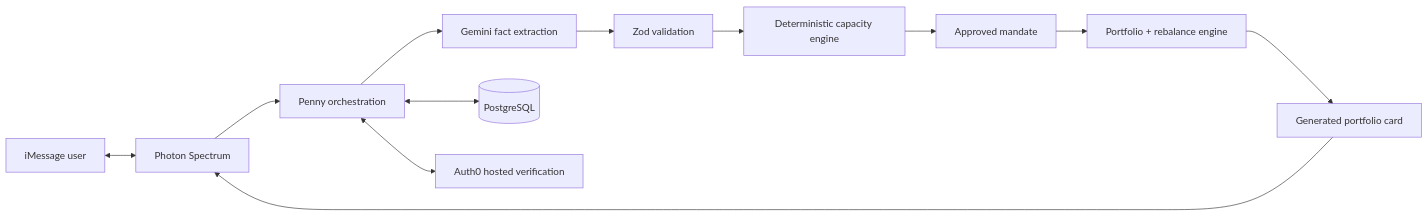
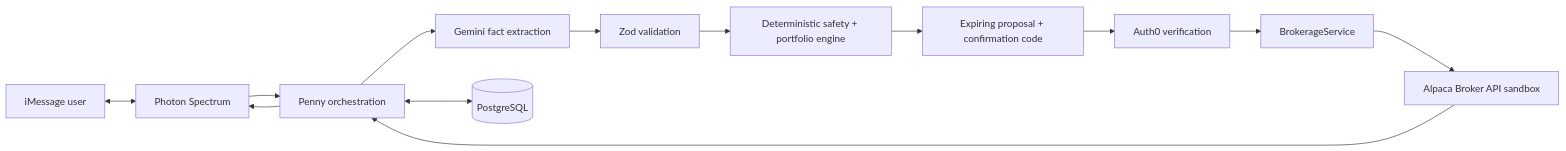
The diagram in README.md (TypicalTeague/Penny-HackLanta), drawn with Mermaid before and after one commit. The commit also changed other lines of this file and 29 other files, not shown here.

Commit message:
Add Alpaca sandbox brokerage integration

````diff
--- a/README.md
+++ b/README.md
@@ -24,14 +9,15 @@
 ```mermaid
 flowchart LR
   U[iMessage user] <--> P[Photon Spectrum]
   P --> A[Penny orchestration]
   A --> G[Gemini fact extraction]
   G --> Z[Zod validation]
-  Z --> C[Deterministic capacity engine]
-  C --> M[Approved mandate]
-  M --> E[Portfolio + rebalance engine]
+  Z --> C[Deterministic safety + portfolio engine]
+  C --> Q[Expiring proposal + confirmation code]
+  Q --> H[Auth0 verification]
+  H --> B[BrokerageService]
+  B --> L[Alpaca Broker API sandbox]
   A <--> D[(PostgreSQL)]
-  A <--> H[Auth0 hosted verification]
-  E --> V[Generated portfolio card]
-  V --> P
+  L --> A
+  A --> P
 ```
````
